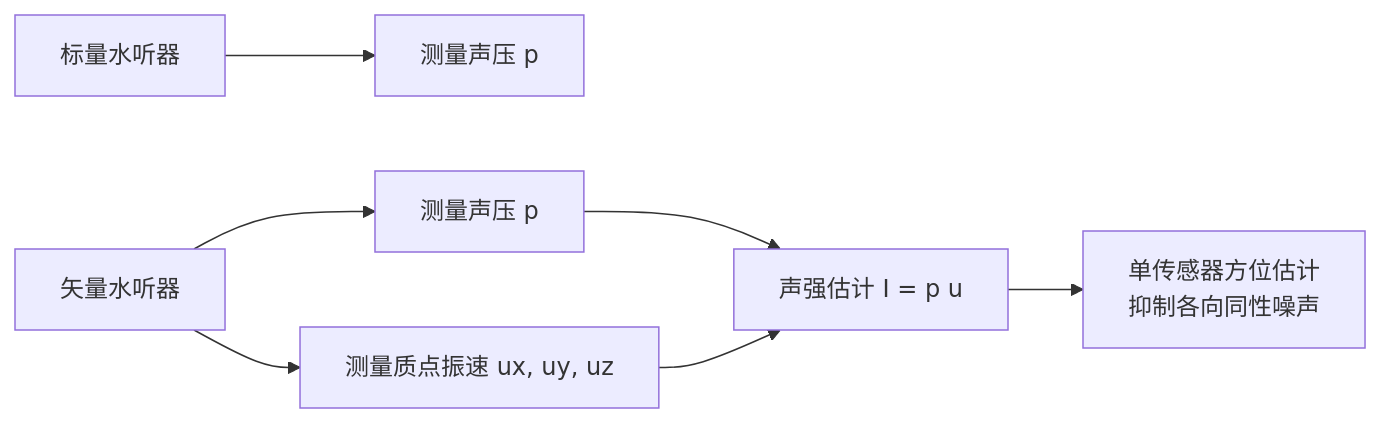
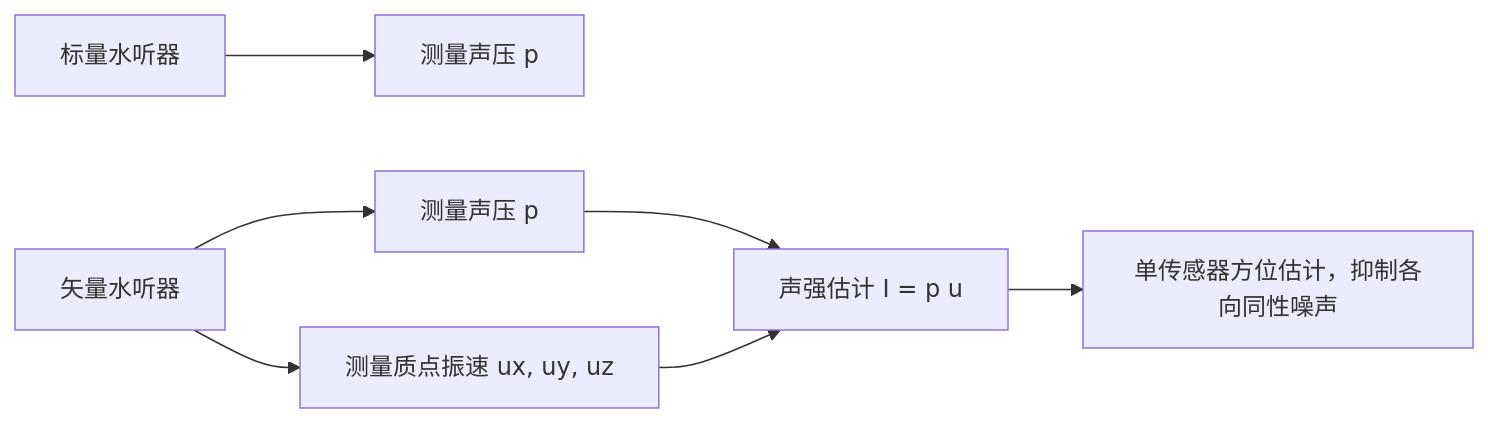
Before and after one commit to SatelliteCoder/Underwater-Acoustics-Learning: the sixth of 7 diagrams in docs/水声学原理概念参数原理汇总.md, drawn with Mermaid. The commit also changed other lines of this file, not shown here.

Commit message:
fix mermaid diagram rendering

````diff
--- a/docs/水声学原理概念参数原理汇总.md
+++ b/docs/水声学原理概念参数原理汇总.md
@@ -652,9 +652,9 @@
 ```mermaid
 flowchart LR
     A["标量水听器"] --> B["测量声压 p"]
     C["矢量水听器"] --> D["测量声压 p"]
     C --> E["测量质点振速 ux, uy, uz"]
     D --> F["声强估计 I = p u"]
     E --> F
-    F --> G["单传感器方位估计<br/>抑制各向同性噪声"]
+    F --> G["单传感器方位估计，抑制各向同性噪声"]
 ```
````
